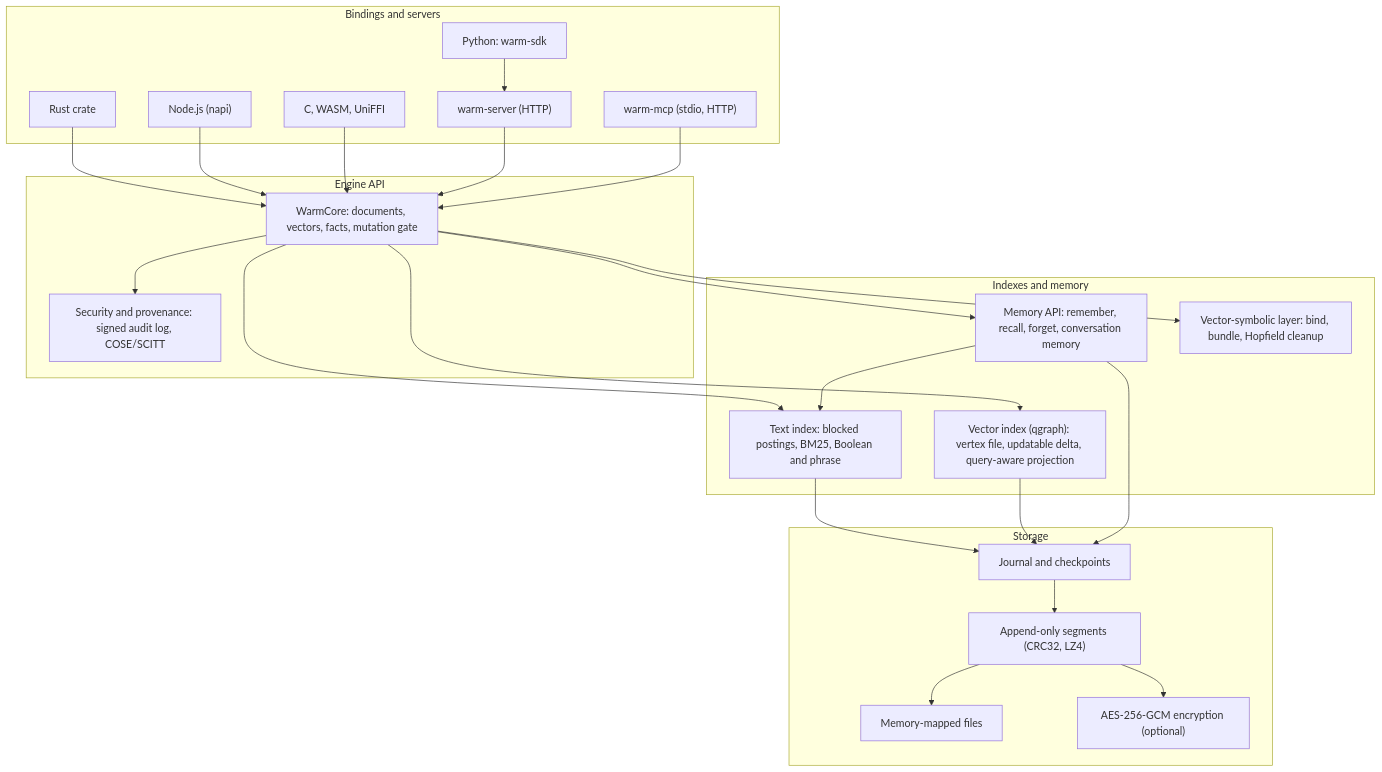
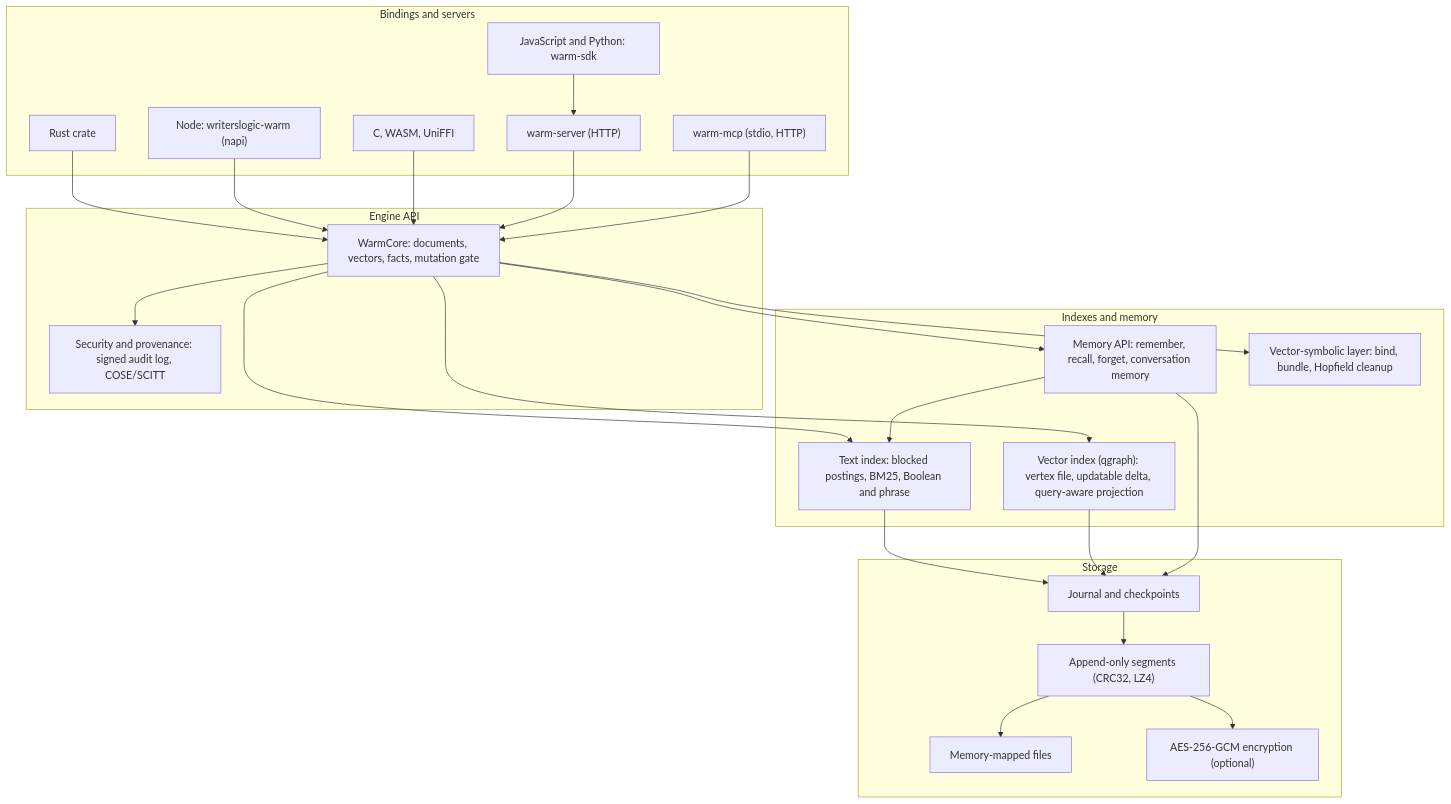
Before and after one commit to writerslogic/warm: the diagram in README.md, drawn with Mermaid. The commit also changed other lines of this file and 93 other files, not shown here.

Commit message:
feat: Add portable JavaScript client and retain optional embedded engine

````diff
--- a/README.md
+++ b/README.md
@@ -243,45 +298,45 @@
 ```mermaid
 flowchart TB
   subgraph bindings["Bindings and servers"]
     rust["Rust crate"]
-    node["Node.js (napi)"]
+    node["Node: writerslogic-warm (napi)"]
     ffi["C, WASM, UniFFI"]
-    python["Python: warm-sdk"]
+    clients["JavaScript and Python: warm-sdk"]
     server["warm-server (HTTP)"]
     mcp["warm-mcp (stdio, HTTP)"]
   end
   subgraph engine["Engine API"]
     core["WarmCore: documents, vectors, facts, mutation gate"]
     prov["Security and provenance: signed audit log, COSE/SCITT"]
   end
   subgraph indexes["Indexes and memory"]
     text["Text index: blocked postings, BM25, Boolean and phrase"]
     vector["Vector index (qgraph): vertex file, updatable delta, query-aware projection"]
     memory["Memory API: remember, recall, forget, conversation memory"]
     vsa["Vector-symbolic layer: bind, bundle, Hopfield cleanup"]
   end
   subgraph storage["Storage"]
     journal["Journal and checkpoints"]
     segments["Append-only segments (CRC32, LZ4)"]
     mapped["Memory-mapped files"]
     crypto["AES-256-GCM encryption (optional)"]
   end
-  python --> server
+  clients --> server
   rust --> core
   node --> core
   ffi --> core
   server --> core
   mcp --> core
   core --> text
   core --> vector
   core --> memory
   core --> vsa
   core --> prov
   memory --> text
   text --> journal
   vector --> journal
   memory --> journal
   journal --> segments
   segments --> mapped
   segments --> crypto
 ```
````
